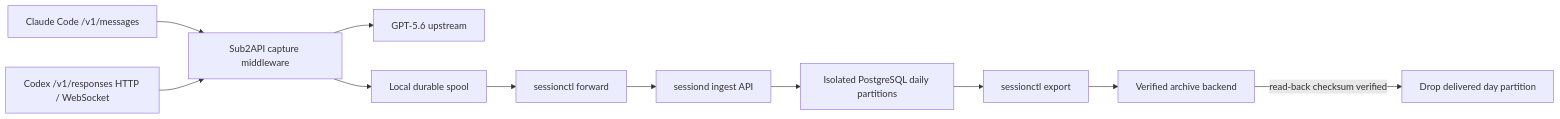
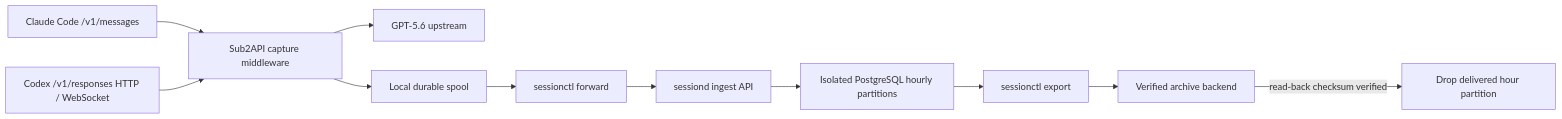
Before and after one commit to zhangtaylor985-ai/sub2api: the diagram in docs/session_delivery_v2_design_CN.md, drawn with Mermaid. The commit also changed other lines of this file and 20 other files, not shown here.

Commit message:
feat(session): deploy hourly isolated delivery archive

````diff
--- a/docs/session_delivery_v2_design_CN.md
+++ b/docs/session_delivery_v2_design_CN.md
@@ -11,13 +11,13 @@
 ```mermaid
 flowchart LR
     CC["Claude Code /v1/messages"] --> GW["Sub2API capture middleware"]
     CX["Codex /v1/responses HTTP / WebSocket"] --> GW
     GW --> GPT["GPT-5.6 upstream"]
     GW --> SP["Local durable spool"]
     SP --> FW["sessionctl forward"]
     FW --> SD["sessiond ingest API"]
-    SD --> PG["Isolated PostgreSQL daily partitions"]
+    SD --> PG["Isolated PostgreSQL hourly partitions"]
     PG --> EX["sessionctl export"]
     EX --> AR["Verified archive backend"]
-    AR -->|"read-back checksum verified"| DP["Drop delivered day partition"]
+    AR -->|"read-back checksum verified"| DP["Drop delivered hour partition"]
 ```
````
